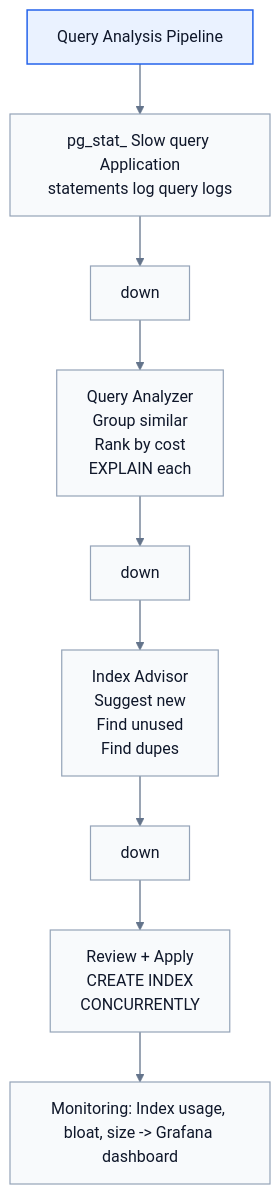
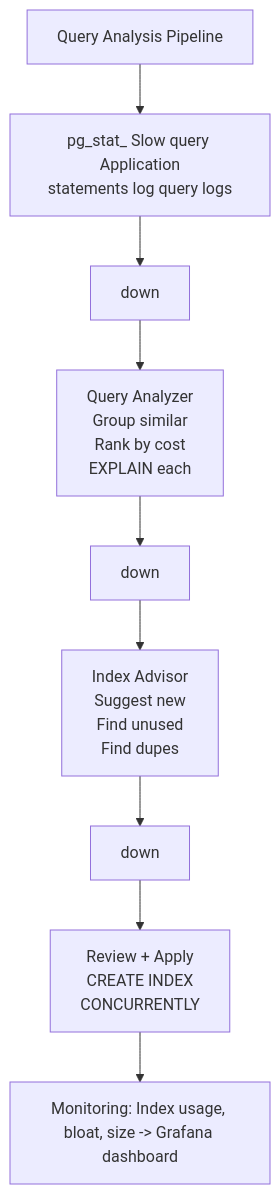
One commit to shivaram0583/system-design changed the diagram in 02-databases/10-indexing-strategy.md. Above: the diagram before and after it, drawn with Mermaid. The commit also changed 64 other files, not shown here.

````diff
--- a/02-databases/10-indexing-strategy.md
+++ b/02-databases/10-indexing-strategy.md
@@ -314,32 +314,20 @@
 ```mermaid
 flowchart TB
-    classDef primary fill:#eaf2ff,stroke:#2563eb,stroke-width:1.5px,color:#0f172a;
-    classDef secondary fill:#f8fafc,stroke:#94a3b8,stroke-width:1.2px,color:#0f172a;
-    linkStyle default stroke:#64748b,stroke-width:1.3px;
     N0["Query Analysis Pipeline"]
-    class N0 primary
     N1["pg_stat_ Slow query Application<br/>statements log query logs"]
-    class N1 secondary
     N2["down"]
-    class N2 secondary
     N3["Query Analyzer<br/>Group similar<br/>Rank by cost<br/>EXPLAIN each"]
-    class N3 secondary
     N4["down"]
-    class N4 secondary
     N5["Index Advisor<br/>Suggest new<br/>Find unused<br/>Find dupes"]
-    class N5 secondary
     N6["down"]
-    class N6 secondary
     N7["Review + Apply<br/>CREATE INDEX<br/>CONCURRENTLY"]
-    class N7 secondary
     N8["Monitoring: Index usage, bloat, size -&gt; Grafana dashboard"]
-    class N8 secondary
     N0 --> N1
     N1 --> N2
     N2 --> N3
     N3 --> N4
     N4 --> N5
     N5 --> N6
     N6 --> N7
     N7 --> N8
 ```
````
